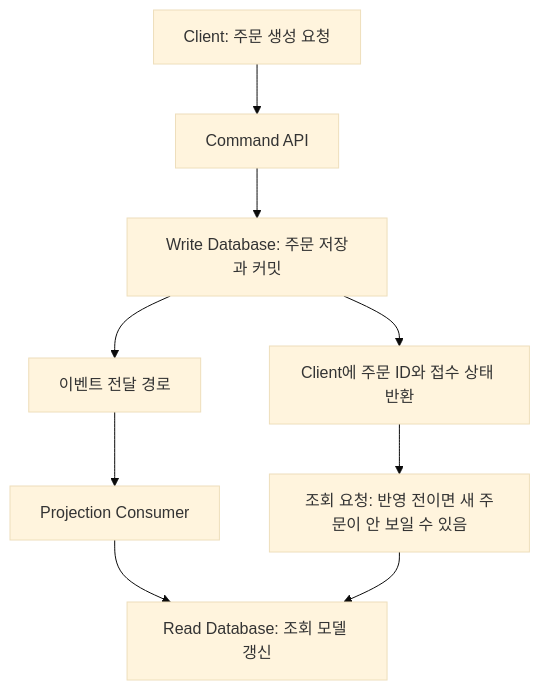
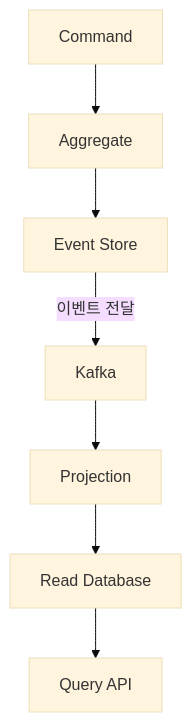
The eighth of 16 diagrams in _posts/study/smart-learning-ent/kafka-development-strategy-for-beginners/2026-11-02-learn-about-practical-use-cases-for-microservices.md (ysiksik/ysiksik.github.io), drawn with Mermaid (base theme) before and after one commit. The commit also changed other lines of this file and 7 other files, not shown here.

````diff
--- a/_posts/study/smart-learning-ent/kafka-development-strategy-for-beginners/2026-11-02-learn-about-practical-use-cases-for-microservices.md
+++ b/_posts/study/smart-learning-ent/kafka-development-strategy-for-beginners/2026-11-02-learn-about-practical-use-cases-for-microservices.md
@@ -242,11 +1214,25 @@
 ```mermaid
 flowchart TD
-    C["Client: 주문 생성 요청"] --> W["Command API"]
-    W --> D["Write Database: 주문 저장과 커밋"]
-    D --> A["Client에 주문 ID와 접수 상태 반환"]
-    D --> E["이벤트 전달 경로"]
-    E --> P["Projection Consumer"]
-    P --> R["Read Database: 조회 모델 갱신"]
-    A --> Q["조회 요청: 반영 전이면 새 주문이 안 보일 수 있음"]
-    Q --> R
+    A["Command"]
+
+    B["Aggregate"]
+
+    C["Event Store"]
+
+    D["Kafka"]
+
+    E["Projection"]
+
+    F["Read Database"]
+
+    G["Query API"]
+
+    A --> B
+    B --> C
+
+    C -->|"이벤트 전달"| D
+
+    D --> E
+    E --> F
+    F --> G
 ```
````
